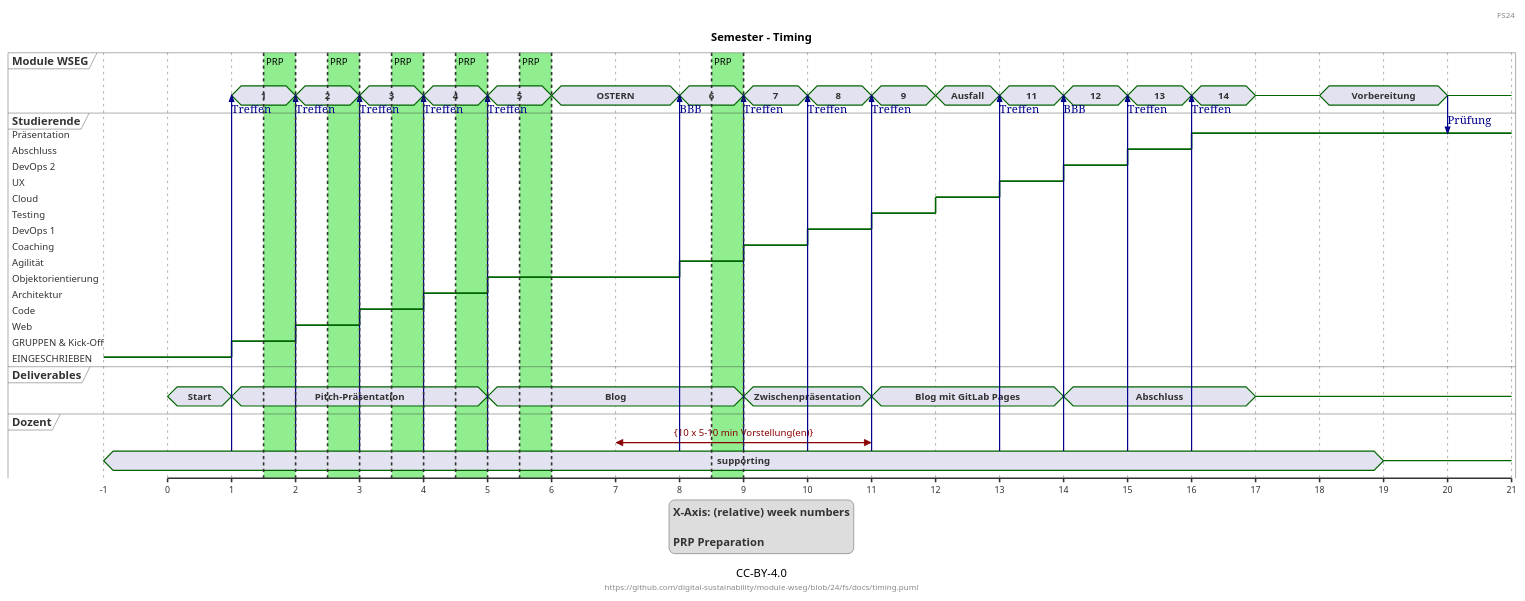
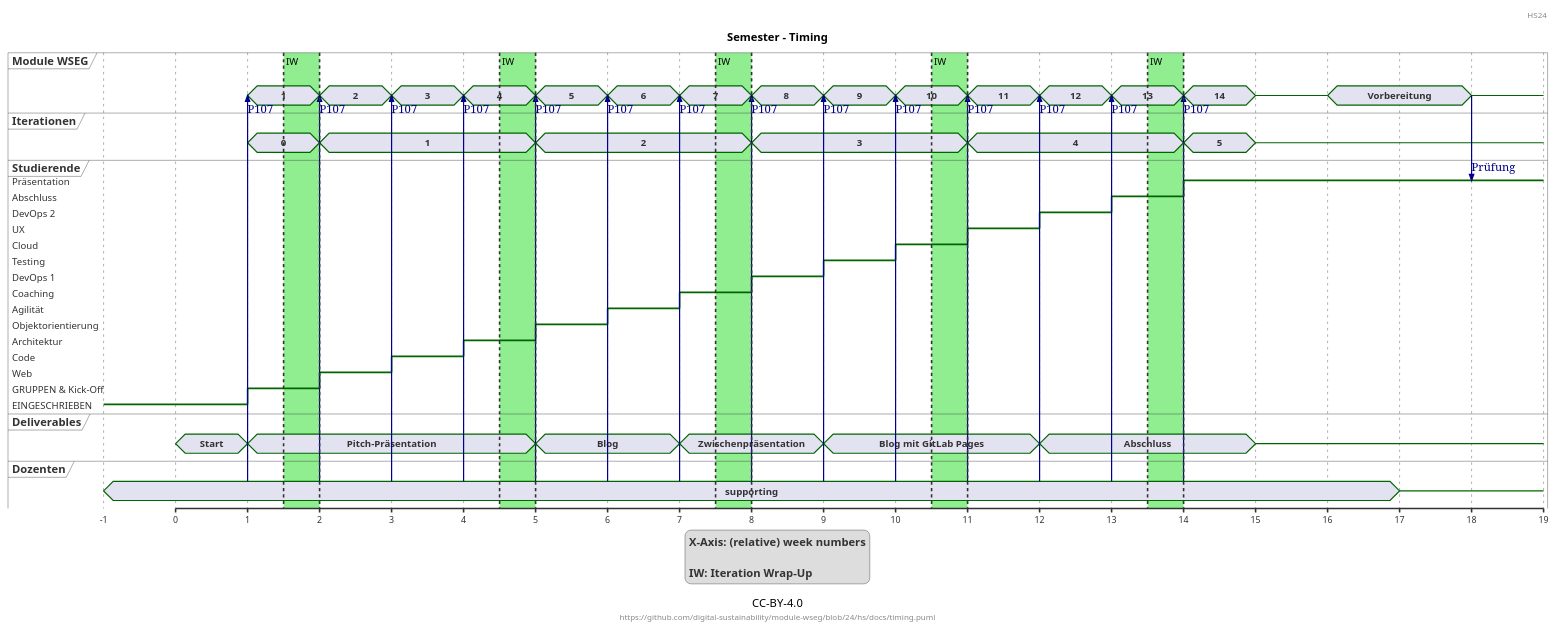
One commit to digital-sustainability/module-wseg changed the diagram in docs/timing.puml. Above: the diagram before and after it, drawn with PlantUML. The commit also changed 1 other file, not shown here.

```diff
--- a/docs/timing.puml
+++ b/docs/timing.puml
@@ -1,125 +1,129 @@
 @startuml
 Title Semester - Timing
-header: FS24
-footer: "https://github.com/digital-sustainability/module-wseg/blob/24/fs/docs/timing.puml"
+header: HS24
+footer: "https://github.com/digital-sustainability/module-wseg/blob/24/hs/docs/timing.puml"
 caption CC-BY-4.0
 
 legend
 X-Axis: (relative) week numbers
 
-PRP Preparation
+IW: Iteration Wrap-Up
 end legend
 
 concise "Module WSEG" as module
+concise "Iterationen" as iter
 robust "Studierende" as studi
 concise "Deliverables" as tasks
-concise "Dozent" as dozent
-scale 1 as 80 pixels
+concise "Dozenten" as dozent
+scale 1 as 90 pixels
 
 @-1
 studi is EINGESCHRIEBEN
 dozent is supporting
 
 @+1
 tasks is Start
 
 @1
-dozent -> module: Treffen
+dozent -> module: P107
 module is "1"
+iter is "0"
 tasks is "Pitch-Präsentation"
 studi is "GRUPPEN & Kick-Off"
 
 @+1
-dozent -> module: Treffen
+dozent -> module: P107
 module is "2"
+iter is "1"
 studi is "Web"
 
 @+1
-dozent -> module: Treffen
+dozent -> module: P107
 module is "3"
 studi is "Code"
-@7 <-> @11 : {10 x 5-10 min Vorstellung(en)}
 
 @+1
-dozent -> module: Treffen
+dozent -> module: P107
 module is "4"
 studi is "Architektur"
 
 @+1
-dozent -> module: Treffen
+dozent -> module: P107
 module is "5"
+iter is "2"
 tasks is "Blog"
 studi is "Objektorientierung"
 
 @+1
-module is "OSTERN"
-
-@+2
-dozent -> module: BBB
+dozent -> module: P107
 module is "6"
 studi is "Agilität"
 
 @+1
-dozent -> module: Treffen
+dozent -> module: P107
 module is "7"
 tasks is "Zwischenpräsentation"
 studi is "Coaching"
 
 @+1
-dozent -> module: Treffen
+dozent -> module: P107
 module is "8 "
+iter is "3"
 studi is "DevOps 1"
 
 @+1
-dozent -> module: Treffen
+dozent -> module: P107
 module is "9"
 studi is "Testing"
 tasks is "Blog mit GitLab Pages"
 
 @+1
-module is "Ausfall"
+dozent -> module: P107
+module is "10"
 studi is "Cloud"
 
 @+1
-dozent -> module: Treffen
+dozent -> module: P107
 module is "11"
+iter is "4"
 studi is "UX"
 
 @+1
-dozent -> module: BBB
+dozent -> module: P107
 module is "12"
 studi is "DevOps 2"
 tasks is "Abschluss"
 
 @+1
-dozent -> module: Treffen
+dozent -> module: P107
 module is "13"
 studi is "Abschluss"
 
 @+1
-dozent -> module: Treffen
+dozent -> module: P107
 module is "14"
+iter is "5"
 studi is "Präsentation"
 
 @+1
 module is {-}
+iter is {-}
 tasks is {-}
 
 @+1
 module is Vorbereitung
 
 @+1
 dozent is {-}
 
 @+1
 module -> studi: Prüfung
 module is {-}
 
-highlight 1.5 to 2 #lightgreen : PRP
-highlight 2.5 to 3 #lightgreen : PRP
-highlight 3.5 to 4 #lightgreen : PRP
-highlight 4.5 to 5 #lightgreen : PRP
-highlight 5.5 to 6 #lightgreen : PRP
-highlight 8.5 to 9 #lightgreen : PRP
+highlight 1.5 to 2 #lightgreen : IW
+highlight 4.5 to 5 #lightgreen : IW
+highlight 7.5 to 8 #lightgreen : IW
+highlight 10.5 to 11 #lightgreen : IW
+highlight 13.5 to 14 #lightgreen : IW
 
 @enduml
```
